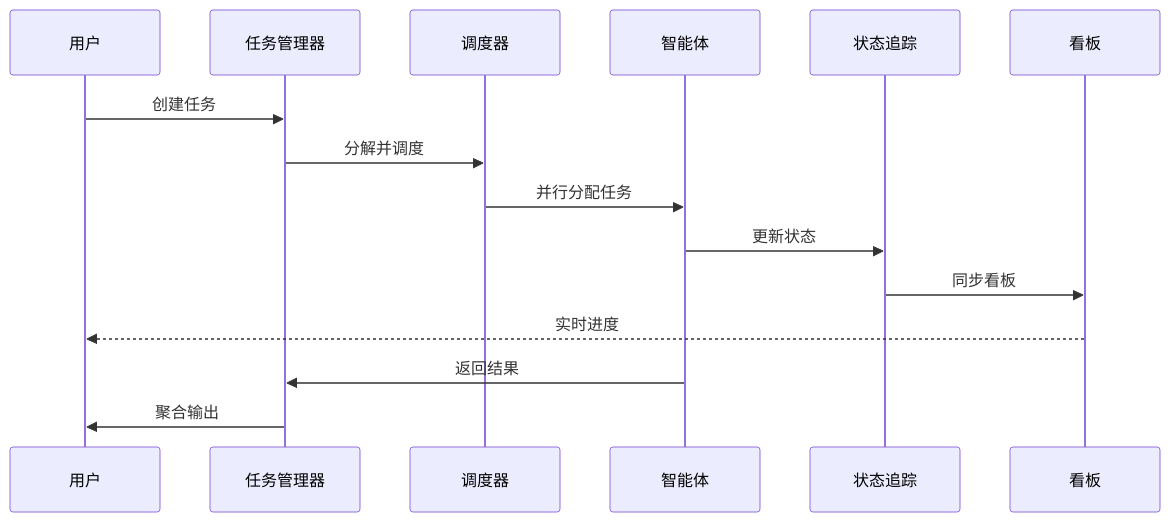
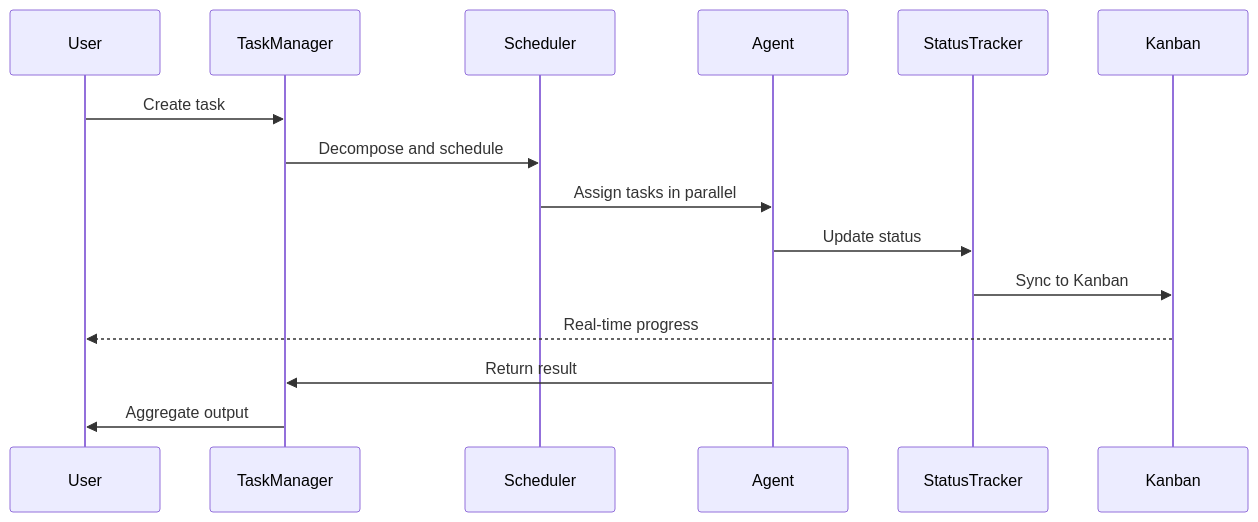
One commit to none-ai/AgentCrew changed the third of 4 diagrams in README.md. Above: the diagram before and after it, drawn with Mermaid. The commit also changed other lines of this file and 2 other files, not shown here.

````diff
--- a/README.md
+++ b/README.md
@@ -215,18 +215,18 @@
 ```mermaid
 sequenceDiagram
-    participant 用户
-    participant 任务管理器
-    participant 调度器
-    participant 智能体
-    participant 状态追踪
-    participant 看板
+    participant User
+    participant TaskManager
+    participant Scheduler
+    participant Agent
+    participant StatusTracker
+    participant Kanban
     
-    用户->>任务管理器: 创建任务
-    任务管理器->>调度器: 分解并调度
-    调度器->>智能体: 并行分配任务
-    智能体->>状态追踪: 更新状态
-    状态追踪->>看板: 同步看板
-    看板-->>用户: 实时进度
-    智能体->>任务管理器: 返回结果
-    任务管理器->>用户: 聚合输出
+    User->>TaskManager: Create task
+    TaskManager->>Scheduler: Decompose and schedule
+    Scheduler->>Agent: Assign tasks in parallel
+    Agent->>StatusTracker: Update status
+    StatusTracker->>Kanban: Sync to Kanban
+    Kanban-->>User: Real-time progress
+    Agent->>TaskManager: Return result
+    TaskManager->>User: Aggregate output
 ```
````
